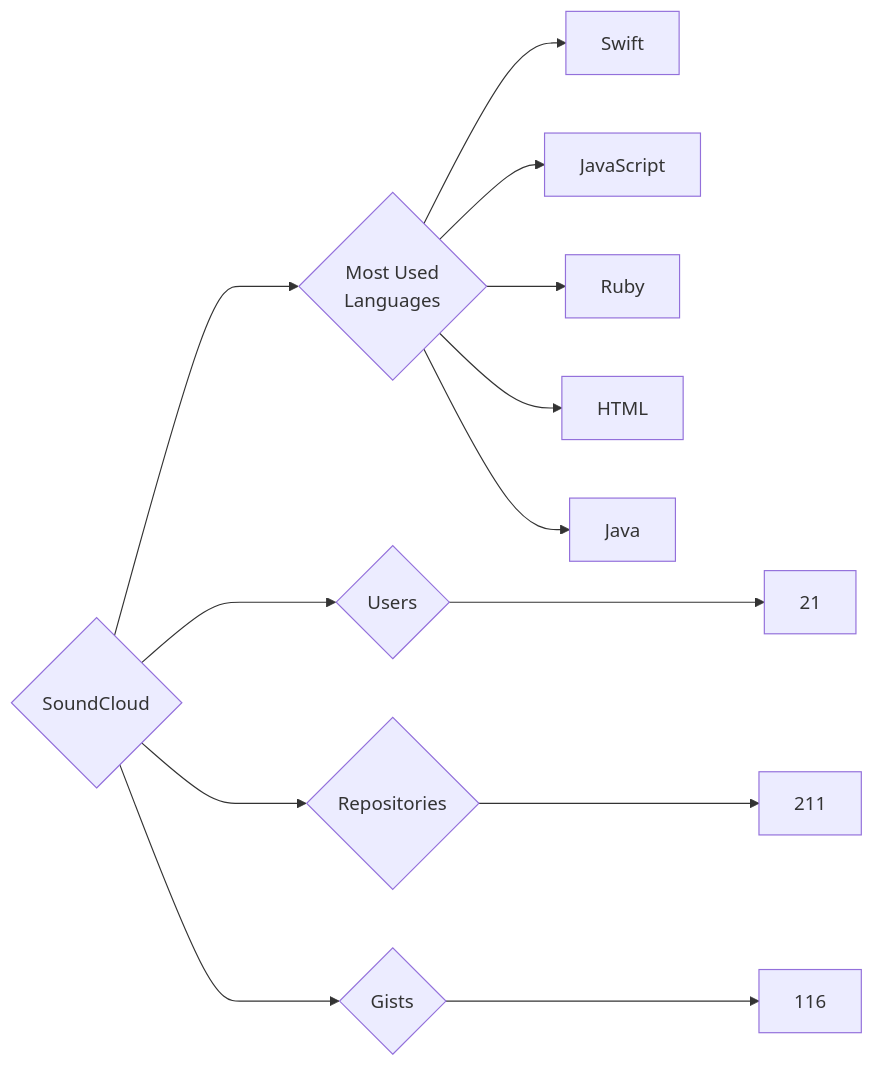
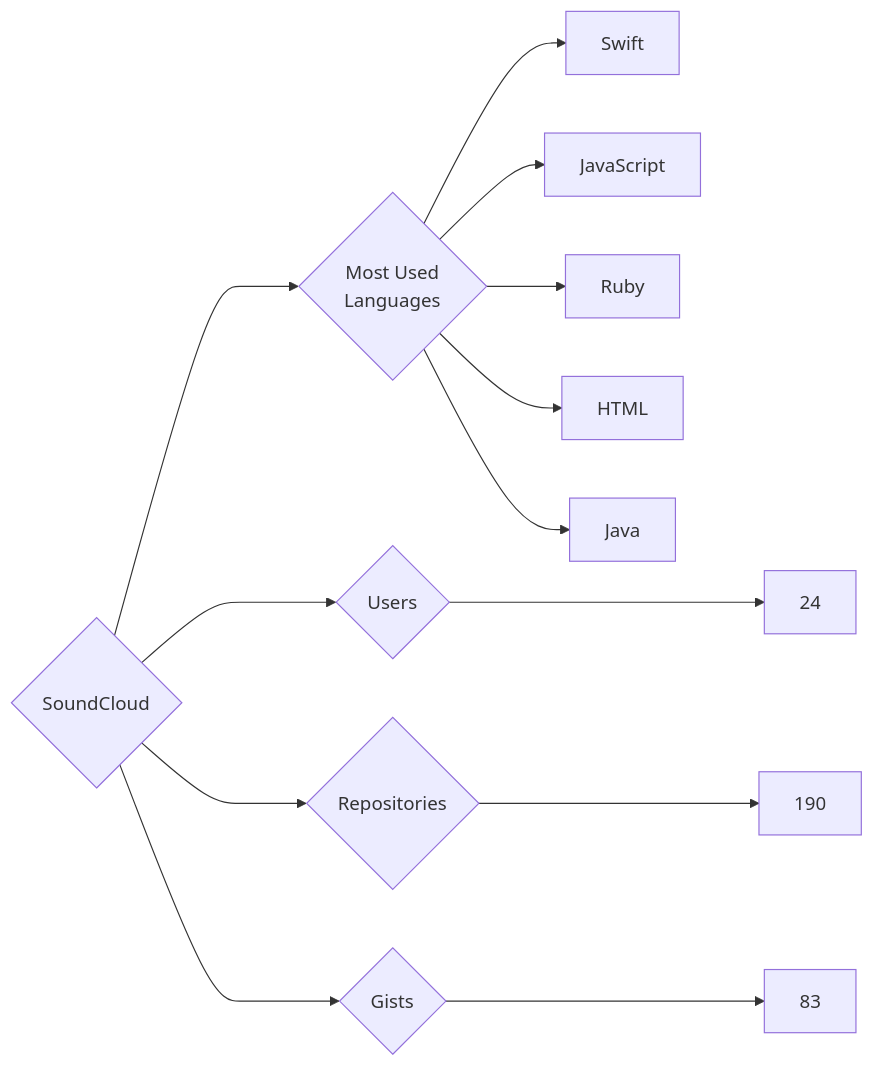
One commit to trickest/insiders changed the diagram in targets/SoundCloud/README.md. Above: the diagram before and after it, drawn with Mermaid. The commit also changed 1484 other files, not shown here.

````diff
--- a/targets/SoundCloud/README.md
+++ b/targets/SoundCloud/README.md
@@ -3,13 +3,13 @@
 ```mermaid
 graph LR
 COMPANY_NAME{SoundCloud}
-COMPANY_NAME ---> U{Users} ---> UN[21]
-COMPANY_NAME ---> R{Repositories} ---> RN[211]
-COMPANY_NAME ---> G{Gists} ---> GN[116]
+COMPANY_NAME ---> U{Users} ---> UN[24]
+COMPANY_NAME ---> R{Repositories} ---> RN[190]
+COMPANY_NAME ---> G{Gists} ---> GN[83]
 COMPANY_NAME ---> ML{Most Used<br>Languages}
 ML --> Swift[Swift]
 ML --> JavaScript[JavaScript]
 ML --> Ruby[Ruby]
 ML --> HTML[HTML]
 ML --> Java[Java]
 ```
````
